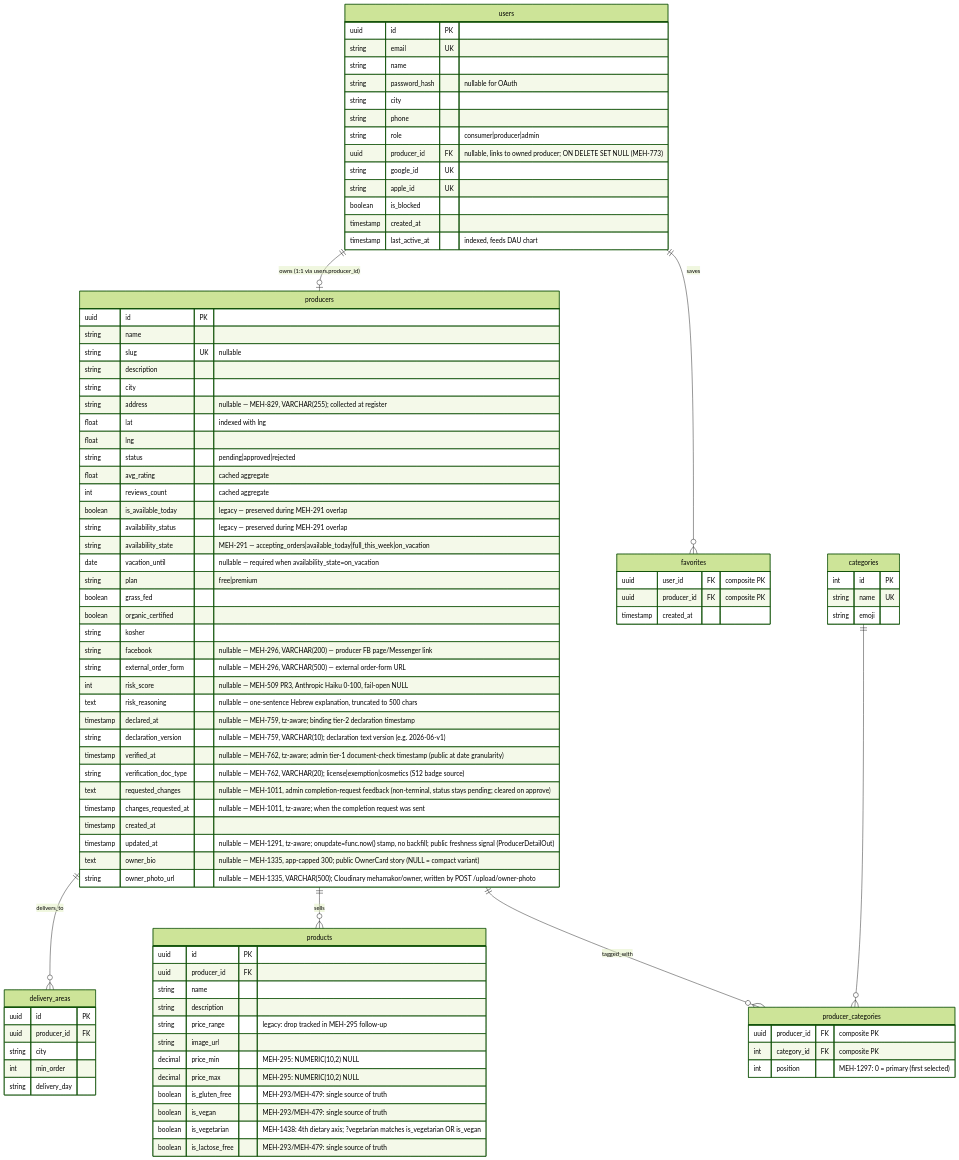
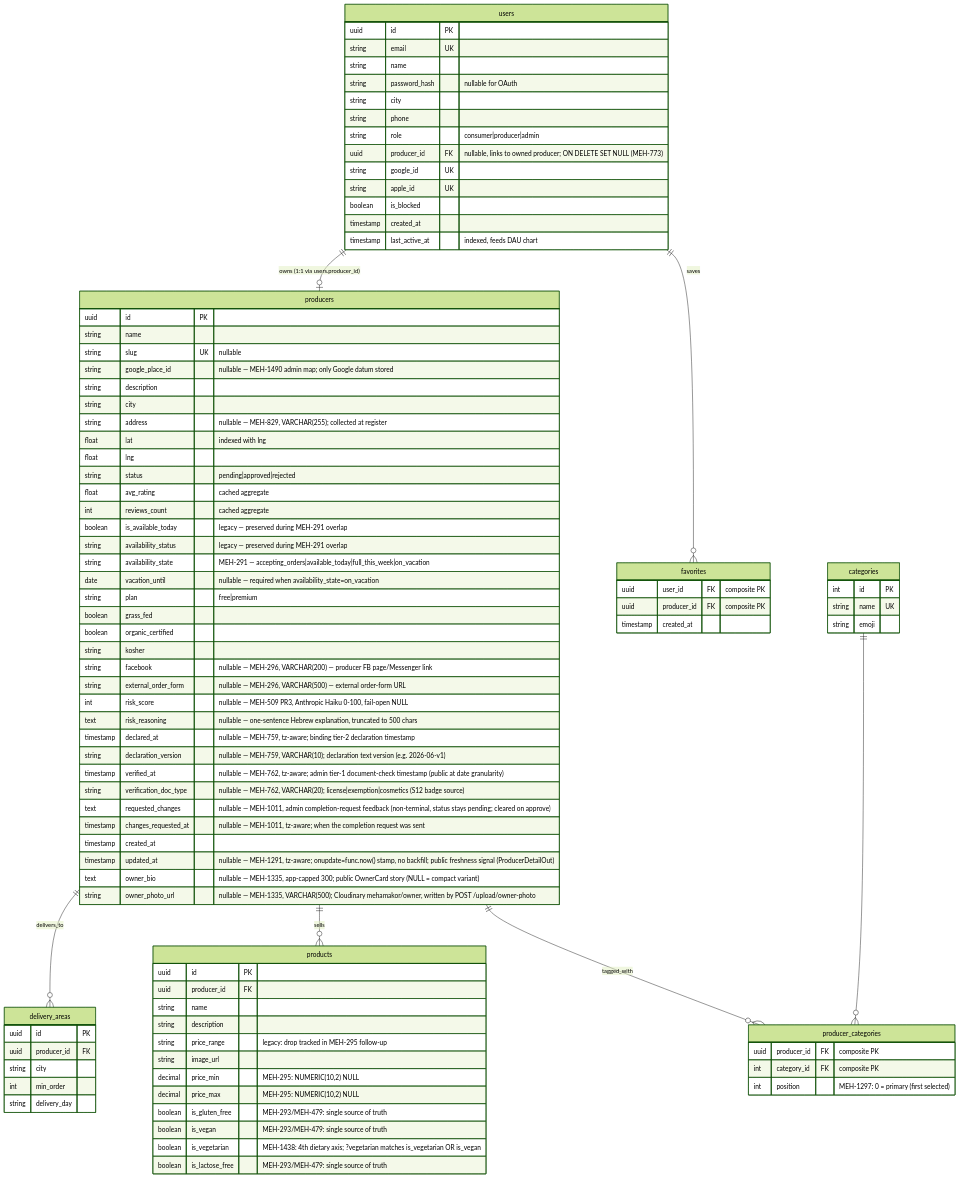
One commit to levismadar80-ship-it/FoodMamkor changed the first of 4 diagrams in .ai/diagrams/db-schema.md. Above: the diagram before and after it, drawn with Mermaid (forest theme). The commit also changed 19 other files, not shown here.

```diff
--- a/.ai/diagrams/db-schema.md
+++ b/.ai/diagrams/db-schema.md
@@ -41,6 +41,7 @@
         uuid id PK
         string name
         string slug UK "nullable"
+        string google_place_id "nullable — MEH-1490 admin map; only Google datum stored"
         string description
         string city
         string address "nullable — MEH-829, VARCHAR(255); collected at register"
```
